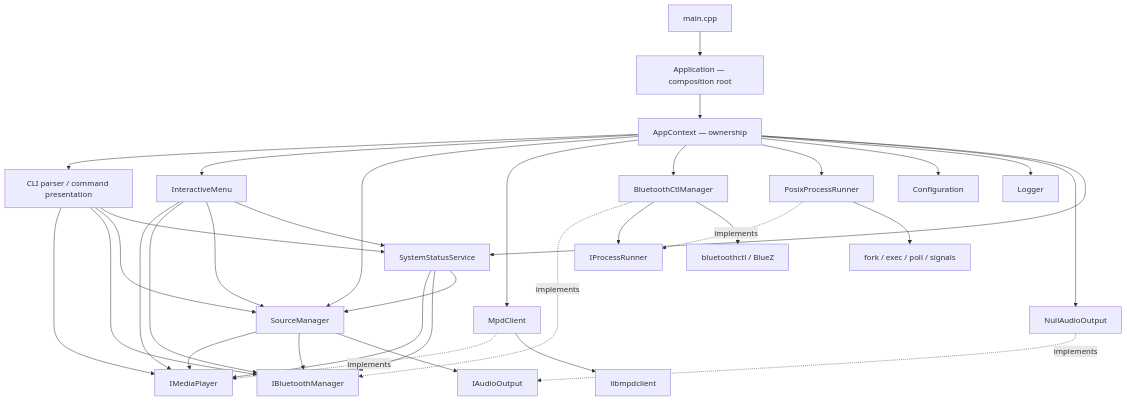
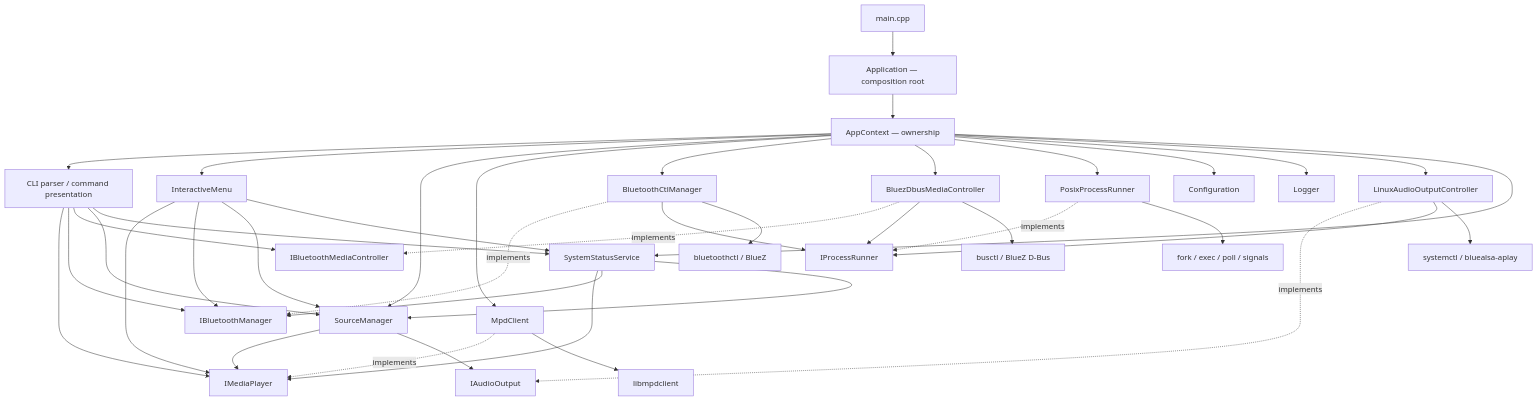
The diagram in docs/ARCHITECTURE.md (lukinish-dev/x308-headunit), drawn with Mermaid before and after one commit. The commit also changed other lines of this file and 33 other files, not shown here.

````diff
--- a/docs/ARCHITECTURE.md
+++ b/docs/ARCHITECTURE.md
@@ -49,39 +48,45 @@
 ```mermaid
 flowchart TD
     Entry["main.cpp"] --> App["Application — composition root"]
     App --> CTX["AppContext — ownership"]
     CTX --> CLI["CLI parser / command presentation"]
     CTX --> Menu["InteractiveMenu"]
     CTX --> SM["SourceManager"]
     CTX --> MPD["MpdClient"]
     CTX --> BT["BluetoothCtlManager"]
+    CTX --> BTM["BluezDbusMediaController"]
     CTX --> PR["PosixProcessRunner"]
     CTX --> CFG["Configuration"]
     CTX --> LOG["Logger"]
-    CTX --> AO["NullAudioOutput"]
+    CTX --> AO["LinuxAudioOutputController"]
     CTX --> SS["SystemStatusService"]
 
     Menu --> IMP["IMediaPlayer"]
     Menu --> IBT["IBluetoothManager"]
     Menu --> SM
     Menu --> SS
     CLI --> IMP
     CLI --> IBT
+    CLI --> IBTM["IBluetoothMediaController"]
     CLI --> SM
     CLI --> SS
     SS --> IMP
     SS --> IBT
     SS --> SM
     SM --> IMP
-    SM --> IBT
     SM --> IAO["IAudioOutput"]
     MPD -. implements .-> IMP
     BT -. implements .-> IBT
+    BTM -. implements .-> IBTM
     BT --> IPR["IProcessRunner"]
+    BTM --> IPR
     PR -. implements .-> IPR
     AO -. implements .-> IAO
+    AO --> IPR
 
     MPD --> Lib["libmpdclient"]
     BT --> Ctl["bluetoothctl / BlueZ"]
+    BTM --> Bus["busctl / BlueZ D-Bus"]
+    AO --> Unit["systemctl / bluealsa-aplay"]
     PR --> Linux["fork / exec / poll / signals"]
 ```
````
